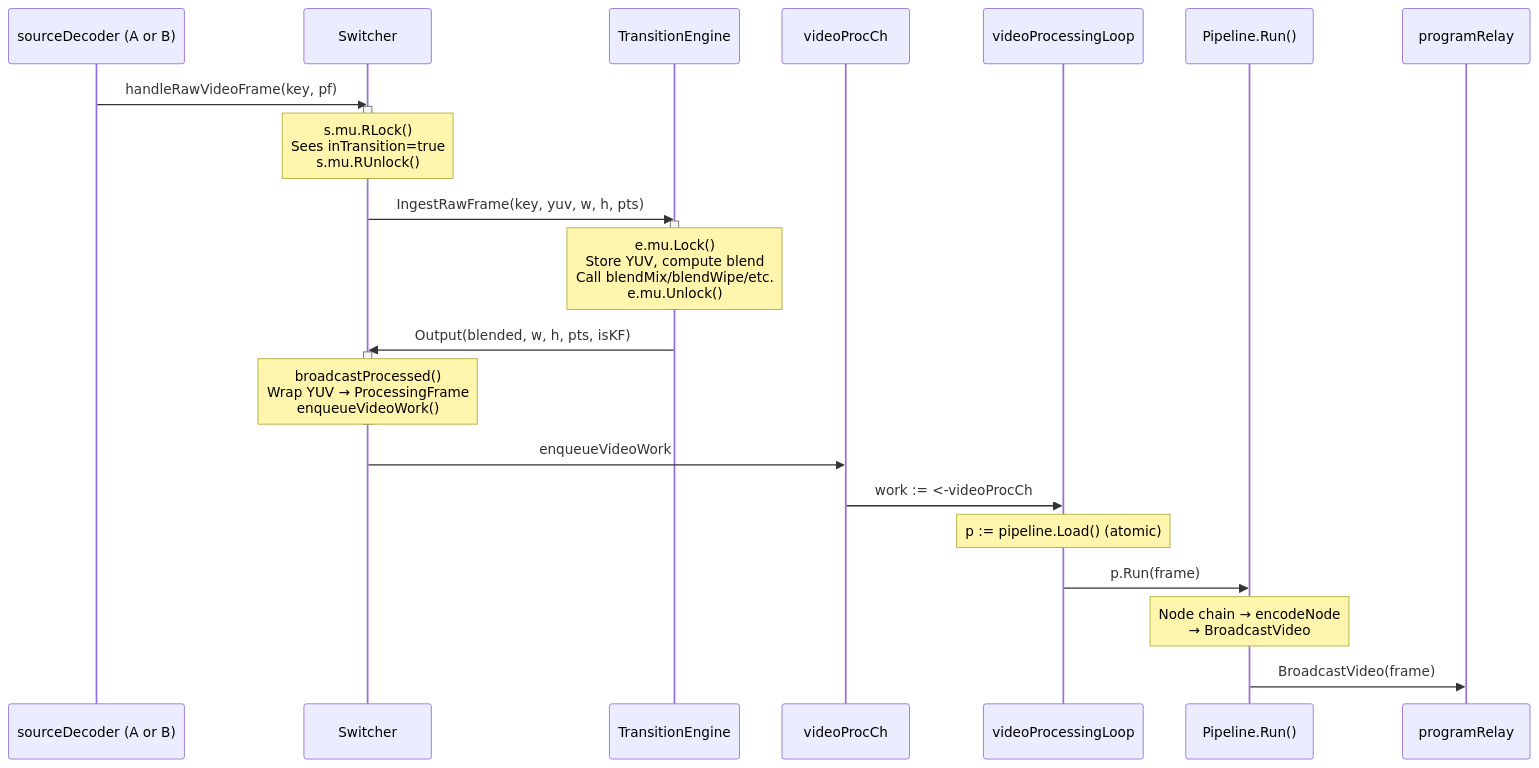
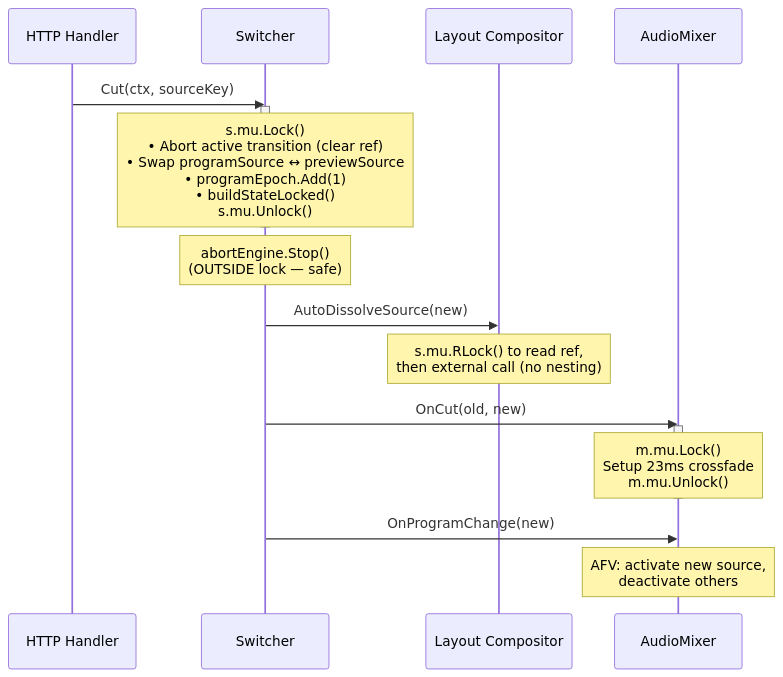
The third of 7 diagrams in docs/locking-and-concurrency.md (zsiec/switchframe), drawn with Mermaid before and after one commit. The commit also changed other lines of this file, not shown here.

````diff
--- a/docs/locking-and-concurrency.md
+++ b/docs/locking-and-concurrency.md
@@ -190,32 +191,25 @@
 ```mermaid
 sequenceDiagram
-    participant SD as sourceDecoder (A or B)
+    participant API as HTTP Handler
     participant SW as Switcher
-    participant TE as TransitionEngine
-    participant CH as videoProcCh
-    participant PL as videoProcessingLoop
-    participant PIPE as Pipeline.Run()
-    participant PR as programRelay
+    participant LC as Layout Compositor
+    participant MX as AudioMixer
 
-    SD->>SW: handleRawVideoFrame(key, pf)
+    API->>SW: Cut(ctx, sourceKey)
     activate SW
-    Note over SW: s.mu.RLock()<br/>Sees inTransition=true<br/>s.mu.RUnlock()
+    Note over SW: s.mu.Lock()<br/>• Abort active transition (clear ref)<br/>• Swap programSource ↔ previewSource<br/>• programEpoch.Add(1)<br/>• buildStateLocked()<br/>s.mu.Unlock()
     deactivate SW
 
-    SW->>TE: IngestRawFrame(key, yuv, w, h, pts)
-    activate TE
-    Note over TE: e.mu.Lock()<br/>Store YUV, compute blend<br/>Call blendMix/blendWipe/etc.<br/>e.mu.Unlock()
-    deactivate TE
+    Note over SW: abortEngine.Stop()<br/>(OUTSIDE lock — safe)
 
-    TE->>SW: Output(blended, w, h, pts, isKF)
-    activate SW
-    Note over SW: broadcastProcessed()<br/>Wrap YUV → ProcessingFrame<br/>enqueueVideoWork()
-    deactivate SW
+    SW->>LC: AutoDissolveSource(new)
+    Note over LC: s.mu.RLock() to read ref,<br/>then external call (no nesting)
 
-    SW->>CH: enqueueVideoWork
-    CH->>PL: work := <-videoProcCh
-    Note over PL: p := pipeline.Load() (atomic)
-    PL->>PIPE: p.Run(frame)
-    Note over PIPE: Node chain → encodeNode<br/>→ BroadcastVideo
-    PIPE->>PR: BroadcastVideo(frame)
+    SW->>MX: OnCut(old, new)
+    activate MX
+    Note over MX: m.mu.Lock()<br/>Setup 23ms crossfade<br/>m.mu.Unlock()
+    deactivate MX
+
+    SW->>MX: OnProgramChange(new)
+    Note over MX: AFV: activate new source,<br/>deactivate others
 ```
````
